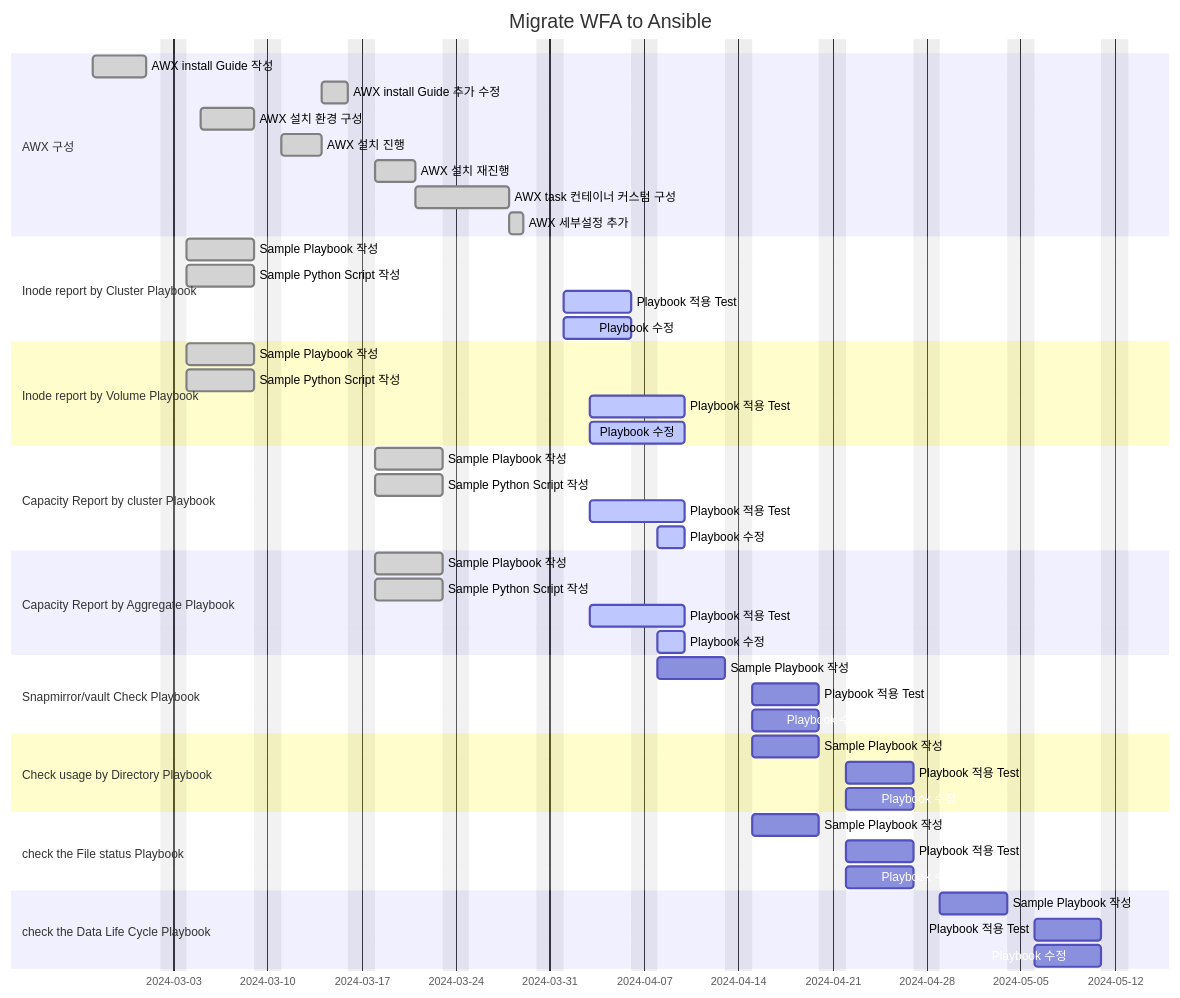
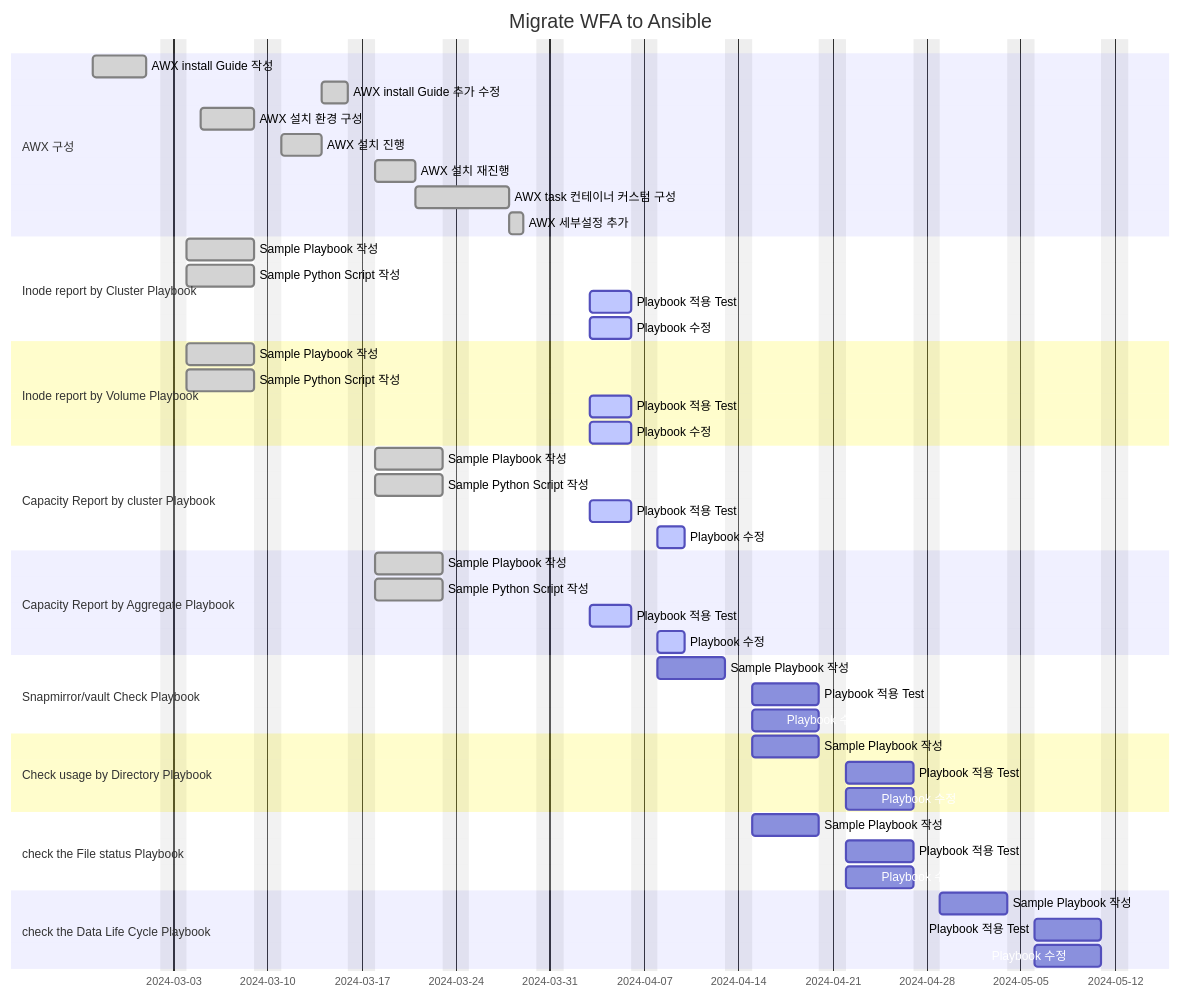
Before and after one commit to netappkr/AnsiblePlaybook: the diagram in SKHynix/Readme.md, drawn with Mermaid.

````diff
--- a/SKHynix/Readme.md
+++ b/SKHynix/Readme.md
@@ -66,60 +66,60 @@
 ```mermaid
 gantt
     title Migrate WFA to Ansible
     dateFormat  YYYY-MM-DD
     excludes    weekends
 
     section AWX 구성
     AWX install Guide 작성  : done, awx1, 2024-02-26, 4d
     AWX install Guide 추가 수정  : done, awx1-1, after awx3, 2d
     AWX 설치 환경 구성  : done, awx2, 2024-03-05, 4d
     AWX 설치 진행 : done, awx3, after awx2 , 3d
     AWX 설치 재진행 : done, awx3-1, after awx1-1 , 3d
     AWX task 컨테이너 커스텀 구성: done, awx3-2, after awx3-1, 5d
     AWX 세부설정 추가 : done, awx4, after awx3-2, 1d
     
 
     section Inode report by Cluster Playbook
     Sample Playbook 작성 : done, p1-1, 2024-03-04, 5d
     Sample Python Script 작성 : done, p1-2, 2024-03-04, 5d
-    Playbook 적용 Test: active, p1-3, 2024-04-01,  5d
-    Playbook 수정 : active, p1-4, 2024-04-01 , 5d
+    Playbook 적용 Test: active, p1-3, 2024-04-03,  3d
+    Playbook 수정 : active, p1-4, 2024-04-03 , 3d
 
     section Inode report by Volume Playbook
     Sample Playbook 작성 : done, p2-1, 2024-03-04, 5d
     Sample Python Script 작성 : done, p2-2, 2024-03-04, 5d
-    Playbook 적용 Test: active, p2-3, 2024-04-03,  5d
-    Playbook 수정 : active, p2-4, 2024-04-03 , 5d
+    Playbook 적용 Test: active, p2-3, 2024-04-03,  3d
+    Playbook 수정 : active, p2-4, 2024-04-03 , 3d
 
     section Capacity Report by cluster Playbook
     Sample Playbook 작성 : done, p3-1, 2024-03-18, 5d
     Sample Python Script 작성 : done, p3-2, 2024-03-18, 5d
-    Playbook 적용 Test: active, p3-3, 2024-04-03,  5d
+    Playbook 적용 Test: active, p3-3, 2024-04-03,  3d
     Playbook 수정 : active, p3-4, 2024-04-08 , 2d
 
     section Capacity Report by Aggregate Playbook
     Sample Playbook 작성 : done, p4-1, 2024-03-18, 5d
     Sample Python Script 작성 : done, p4-2, 2024-03-18, 5d
-    Playbook 적용 Test: active, p4-3, 2024-04-03,  5d
+    Playbook 적용 Test: active, p4-3, 2024-04-03,  3d
     Playbook 수정 : active, p4-3, 2024-04-08 , 2d
 
     section Snapmirror/vault Check Playbook
     Sample Playbook 작성 : p6-1, 2024-04-08, 5d
     Playbook 적용 Test: p6-2, after p6-1,  5d
     Playbook 수정 : p6-3, after p6-1 , 5d
 
     section Check usage by Directory Playbook
     Sample Playbook 작성 : p7-1, 2024-04-15, 5d
     Playbook 적용 Test: p7-2, after p7-1,  5d
     Playbook 수정 : p7-3, after p7-1 , 5d
 
     section check the File status Playbook
     Sample Playbook 작성 : p8-1, 2024-04-15, 5d
     Playbook 적용 Test: p8-2, after p8-1,  5d
     Playbook 수정 : p8-3, after p8-1 , 5d
 
     section check the Data Life Cycle Playbook
     Sample Playbook 작성 : p10-1, 2024-04-29, 5d
     Playbook 적용 Test: p10-2, after p10-1,  5d
     Playbook 수정 : p10-3, after p10-1 , 5d
 ```
````
